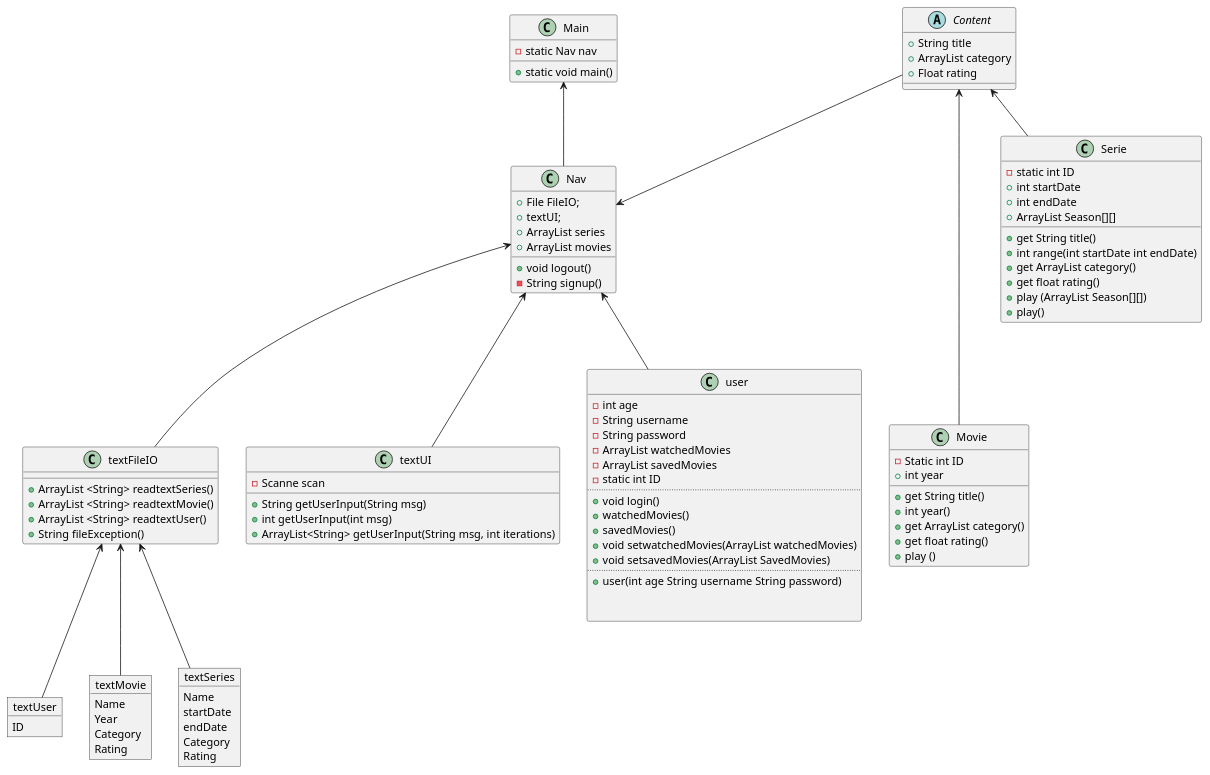
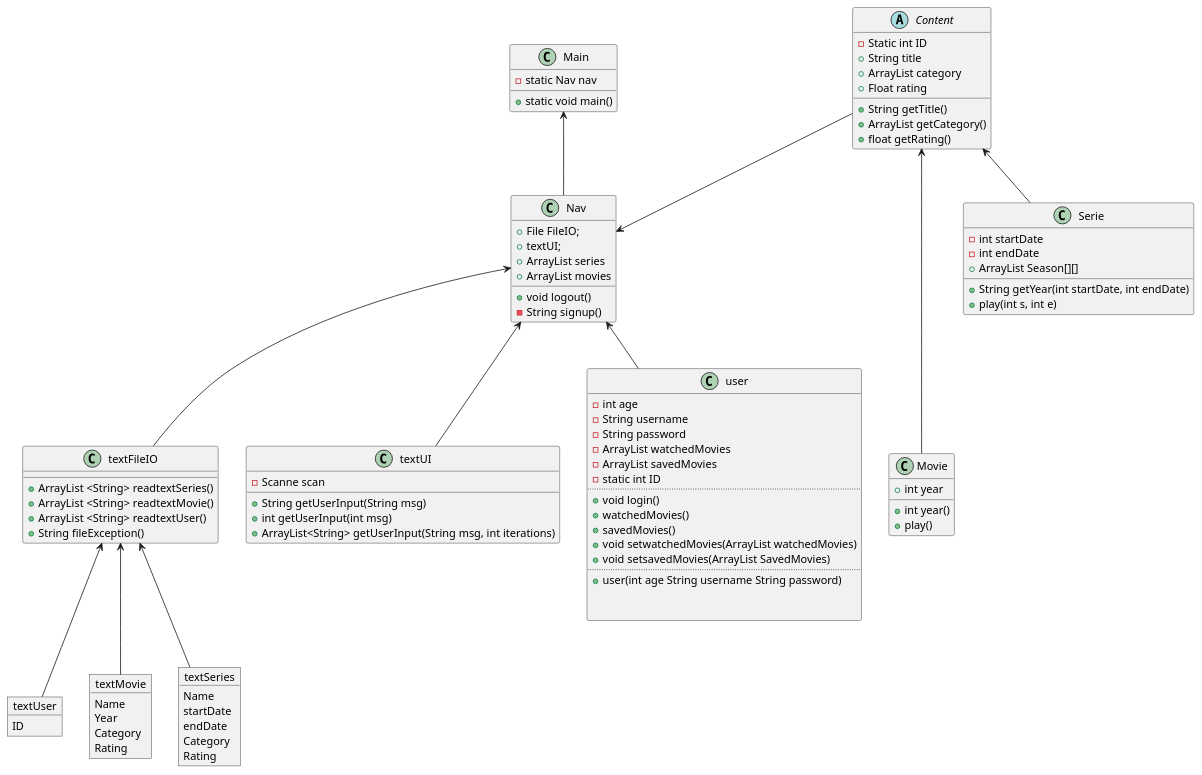
One commit to bakkary/Streaming-Tjeneste changed the diagram in showandtell/Dokumentation/d.puml. Above: the diagram before and after it, drawn with PlantUML. The commit also changed 3 other files, not shown here.

```diff
--- a/showandtell/Dokumentation/d.puml
+++ b/showandtell/Dokumentation/d.puml
@@ -1,127 +1,122 @@
 @startuml
 'https://plantuml.com/class-diagram
 
 class Main{
 - static Nav nav
 + static void main()
 
 }
 
 class Nav {
 + File FileIO;
 + textUI;
 + ArrayList series
 + ArrayList movies
 + void logout()
 - String signup()
 
 
 }
 
 Content --> Nav
 Main <-- Nav
 
 
 
 class textFileIO{
 + ArrayList <String> readtextSeries()
 + ArrayList <String> readtextMovie()
 + ArrayList <String> readtextUser()
 + String fileException()
 }
 
 class textUI{
 - Scanne scan
 + String getUserInput(String msg)
 + int getUserInput(int msg)
 + ArrayList<String> getUserInput(String msg, int iterations)
 
 }
 class user{
 - int age
 - String username
 - String password
 - ArrayList watchedMovies
 - ArrayList savedMovies
 - static int ID
 ..
 + void login()
 + watchedMovies()
 + savedMovies()
 + void setwatchedMovies(ArrayList watchedMovies)
 + void setsavedMovies(ArrayList SavedMovies)
 ..
 + user(int age String username String password)
 
 
 }
 
 
 
 
 Nav <-- user
 Nav <-- textFileIO
 Nav <-- textUI
 
 Content <--- Movie
-Content <-down-  Serie
+Content <-down- Serie
 
 class Movie{
-- Static int ID
 + int year
-+ get String title()
 + int year()
-+ get ArrayList category()
-+ get float rating()
-+ play ()
++ play()
 }
 
 class Serie{
-- static int ID
-+ int startDate
-+ int endDate
-+ get String title()
-+  int range(int startDate int endDate)
-+ get ArrayList category()
-+ get float rating()
+- int startDate
+- int endDate
 + ArrayList Season[][]
-+ play (ArrayList Season[][])
-+ play()
++ String getYear(int startDate, int endDate)
++ play(int s, int e)
 }
 
 
 object textUser{
 ID
 }
 
 
 
 object textMovie{
 Name
 Year
 Category
 Rating
 }
 
 object textSeries{
 Name
 startDate
 endDate
 Category
 Rating
 }
 
 
 
 abstract Content{
+- Static int ID
 + String title
 + ArrayList category
 + Float rating
++ String getTitle()
++ ArrayList getCategory()
++ float getRating()
 }
 
 
 textFileIO <-- textMovie
 textFileIO <-- textUser
 textFileIO <-- textSeries
 
 @enduml
```
